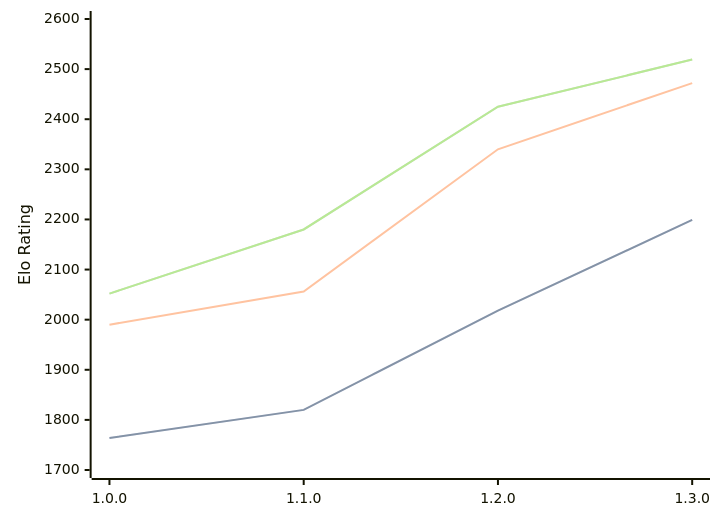
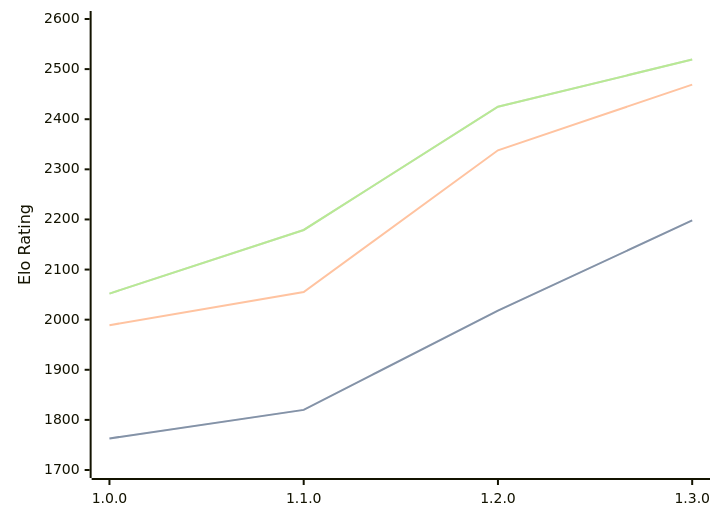
The diagram in engines/Anodos.md (computer-chess-index/cci), drawn with Mermaid before and after one commit. The commit also changed other lines of this file, not shown here.

Commit message:
Update CCI Ratings (ELO VLTC) - 2026-04-06

````diff
--- a/engines/Anodos.md
+++ b/engines/Anodos.md
@@ -45,11 +45,11 @@
 ```mermaid
 %%{init: {"theme":"base","themeVariables":{"seriesColors:['#a3a3a3','#222221','#faa371']}}}%%
 xychart-beta
   x-axis ["1.0.0", "1.1.0", "1.2.0", "1.3.0"]
   y-axis "Elo Rating" 1700 --> 2600
-  line "STC (8.0+0.08s)" [1764, 1820, 2018, 2199]
-  line "STC (8.0+0.08s)" [1764, 1820, 2018, 2199]
-  line "LTC (60.0+0.60s)" [1990, 2056, 2340, 2472]
-  line "VLTC (2m24s+1.12s)" [2052, 2180, 2425, 2519]
-  line "VLTC (2m24s+1.12s)" [2052, 2180, 2425, 2519]
+  line "STC (8.0+0.08s)" [1763, 1820, 2018, 2198]
+  line "STC (8.0+0.08s)" [1763, 1820, 2018, 2198]
+  line "LTC (60.0+0.60s)" [1989, 2055, 2338, 2469]
+  line "VLTC (2m24s+1.12s)" [2052, 2179, 2425, 2519]
+  line "VLTC (2m24s+1.12s)" [2052, 2179, 2425, 2519]
 ```
````
